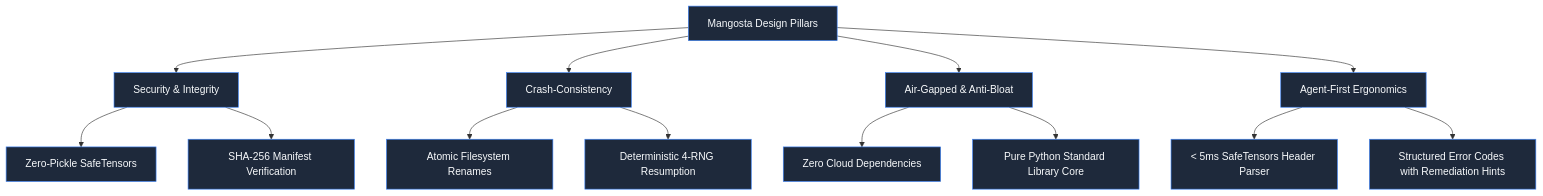
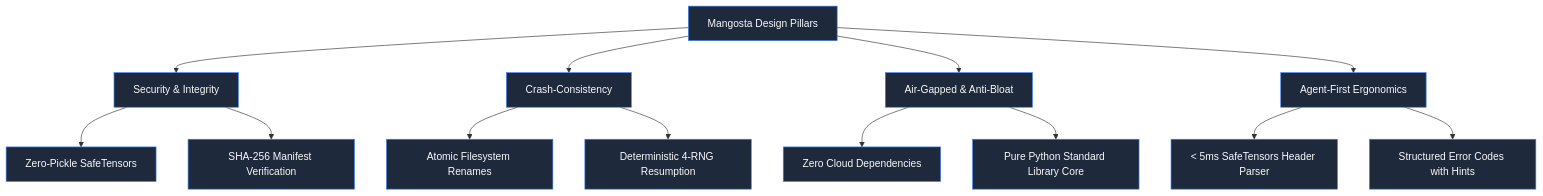
The diagram in docs/content/philosophy_and_vision.md (yeriel/mangosta), drawn with Mermaid before and after one commit. The commit also changed other lines of this file and 3 other files, not shown here.

````diff
--- a/docs/content/philosophy_and_vision.md
+++ b/docs/content/philosophy_and_vision.md
@@ -37,21 +51,21 @@
 ```mermaid
 graph TD
     A["Mangosta Design Pillars"] --> B["Security & Integrity"]
     A --> C["Crash-Consistency"]
     A --> D["Air-Gapped & Anti-Bloat"]
     A --> E["Agent-First Ergonomics"]
 
     B --> B1["Zero-Pickle SafeTensors"]
     B --> B2["SHA-256 Manifest Verification"]
 
     C --> C1["Atomic Filesystem Renames"]
     C --> C2["Deterministic 4-RNG Resumption"]
 
     D --> D1["Zero Cloud Dependencies"]
     D --> D2["Pure Python Standard Library Core"]
 
     E --> E1["< 5ms SafeTensors Header Parser"]
-    E --> E2["Structured Error Codes with Remediation Hints"]
+    E --> E2["Structured Error Codes with Hints"]
 
     classDef default fill:#1e293b,stroke:#3b82f6,stroke-width:1px,color:#f8fafc;
 ```
````
